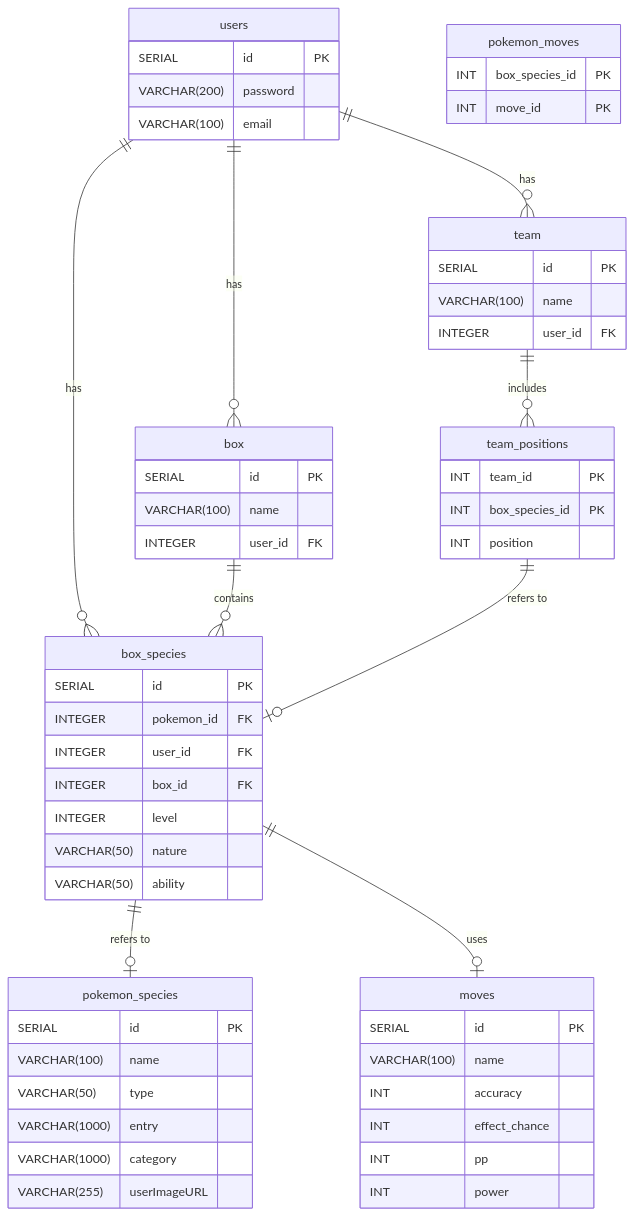
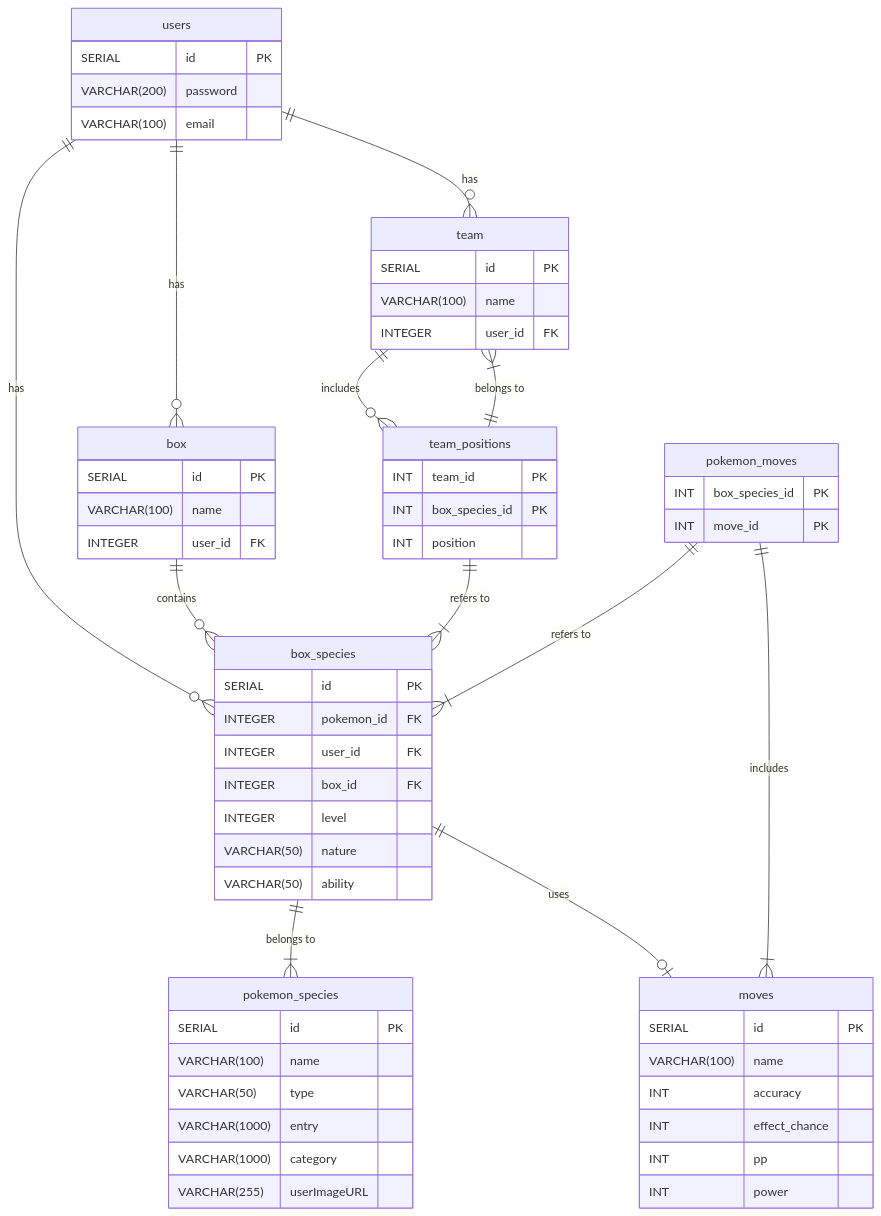
Before and after one commit to tjklint/PokePC: the diagram in README.md, drawn with Mermaid.

````diff
--- a/README.md
+++ b/README.md
@@ -53,69 +53,71 @@
 ```mermaid
 erDiagram
     users {
         SERIAL id PK
         VARCHAR(200) password
         VARCHAR(100) email
     }
 
     pokemon_species {
         SERIAL id PK
         VARCHAR(100) name
         VARCHAR(50) type
         VARCHAR(1000) entry
         VARCHAR(1000) category
         VARCHAR(255) userImageURL
     }
 
     box {
         SERIAL id PK
         VARCHAR(100) name
         INTEGER user_id FK
     }
 
     box_species {
         SERIAL id PK
         INTEGER pokemon_id FK
         INTEGER user_id FK
         INTEGER box_id FK
         INTEGER level
         VARCHAR(50) nature
         VARCHAR(50) ability
     }
 
     team {
         SERIAL id PK
         VARCHAR(100) name
         INTEGER user_id FK
     }
 
     team_positions {
         INT team_id PK
         INT box_species_id PK
         INT position
     }
 
     moves {
         SERIAL id PK
         VARCHAR(100) name
         INT accuracy
         INT effect_chance
         INT pp
         INT power
     }
 
     pokemon_moves {
         INT box_species_id PK
         INT move_id PK
     }
 
     users ||--o{ box : "has"
     users ||--o{ team : "has"
     users ||--o{ box_species : "has"
     box ||--o{ box_species : "contains"
-    box_species ||--o| pokemon_species : "refers to"
+    box_species ||--|{ pokemon_species : "belongs to"
     box_species ||--o| moves : "uses"
     team ||--o{ team_positions : "includes"
-    team_positions ||--o| box_species : "refers to"
-
+    team_positions ||--|{ box_species : "refers to"
+    team_positions ||--|{ team : "belongs to"
+    pokemon_moves ||--|{ box_species : "refers to"
+    pokemon_moves ||--|{ moves : "includes"
 ```
````
